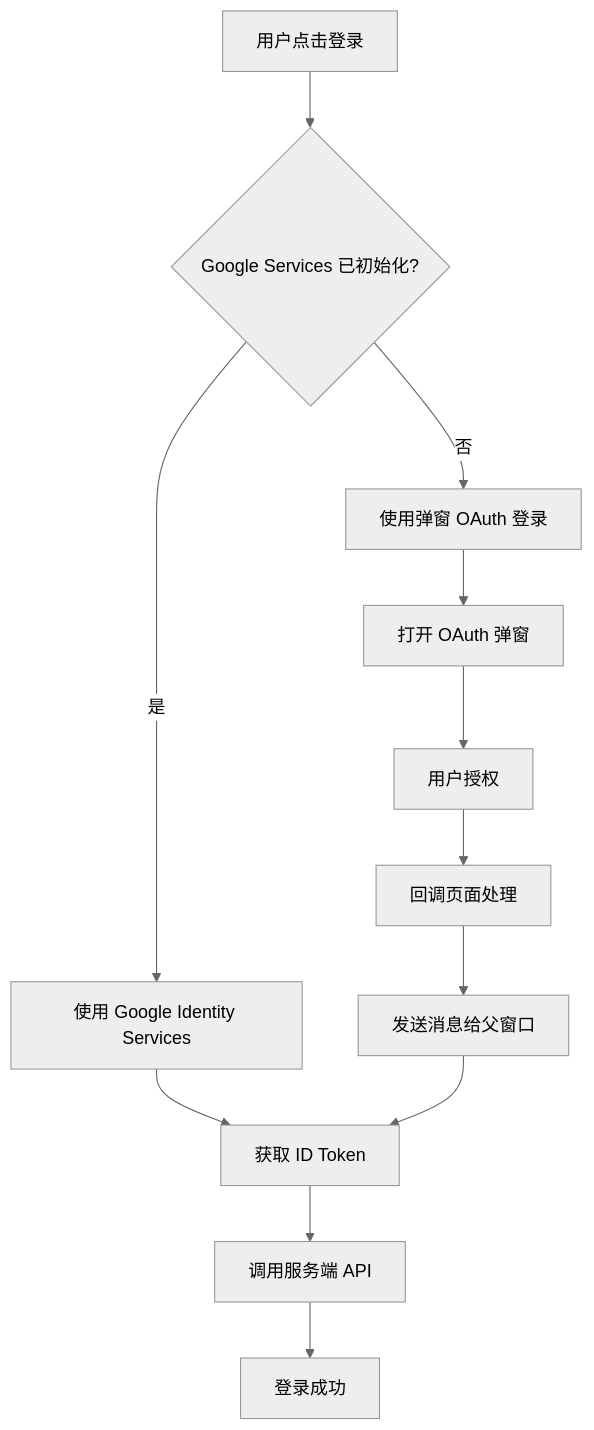
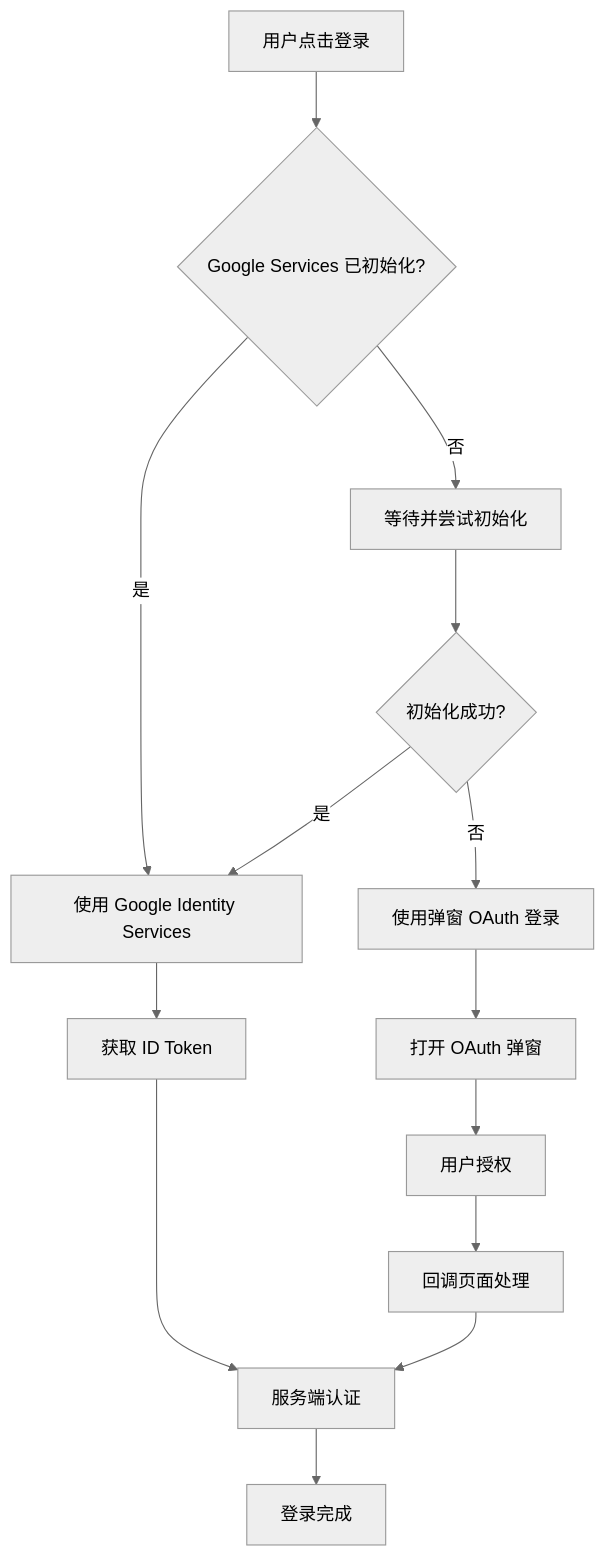
One commit to ThawingX/snap-seeker changed the diagram in GOOGLE_AUTH_IMPROVEMENTS.md. Above: the diagram before and after it, drawn with Mermaid (neutral theme). The commit also changed other lines of this file and 1 other file, not shown here.

````diff
--- a/GOOGLE_AUTH_IMPROVEMENTS.md
+++ b/GOOGLE_AUTH_IMPROVEMENTS.md
@@ -42,14 +48,16 @@
 ```mermaid
 flowchart TD
     A[用户点击登录] --> B{Google Services 已初始化?}
     B -->|是| C[使用 Google Identity Services]
-    B -->|否| D[使用弹窗 OAuth 登录]
-    C --> E[获取 ID Token]
-    D --> F[打开 OAuth 弹窗]
-    F --> G[用户授权]
-    G --> H[回调页面处理]
-    H --> I[发送消息给父窗口]
-    I --> E
-    E --> J[调用服务端 API]
-    J --> K[登录成功]
+    B -->|否| D[等待并尝试初始化]
+    D --> E{初始化成功?}
+    E -->|是| C
+    E -->|否| F[使用弹窗 OAuth 登录]
+    C --> G[获取 ID Token]
+    F --> H[打开 OAuth 弹窗]
+    H --> I[用户授权]
+    I --> J[回调页面处理]
+    G --> K[服务端认证]
+    J --> K
+    K --> L[登录完成]
 ```
````
